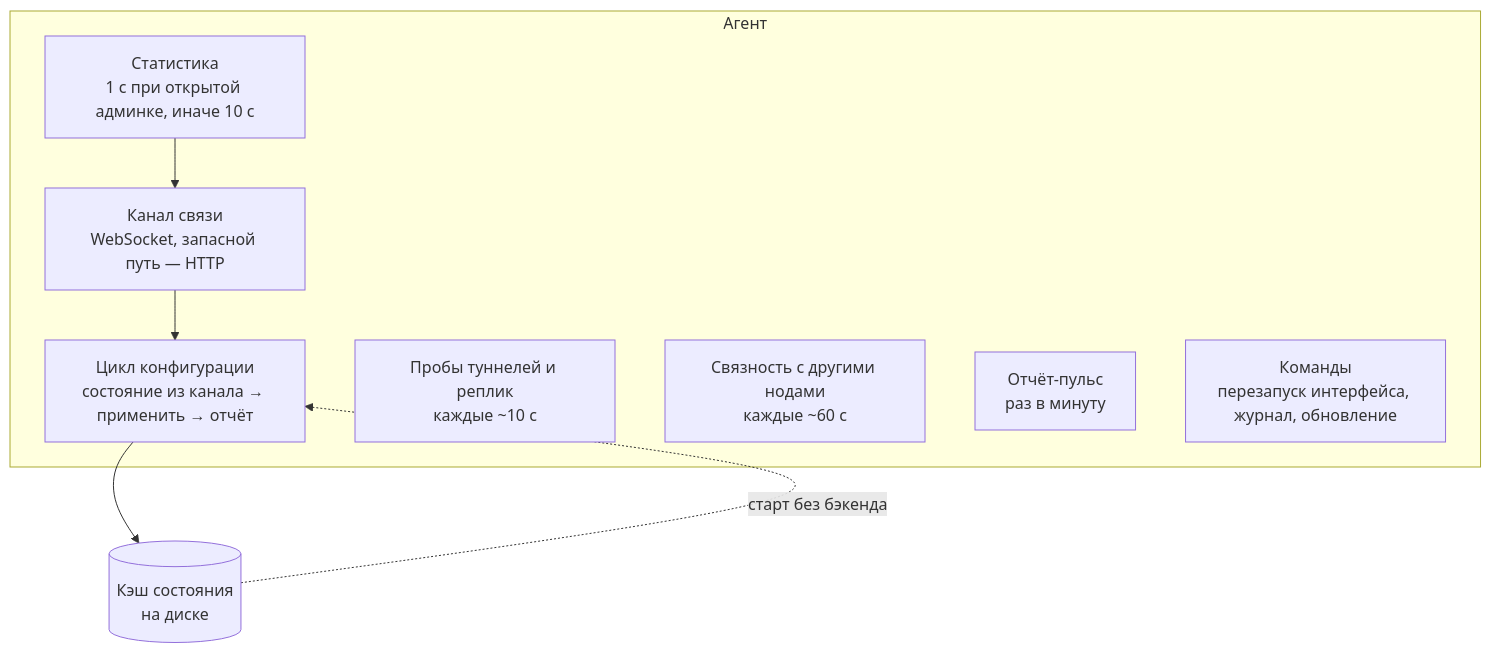
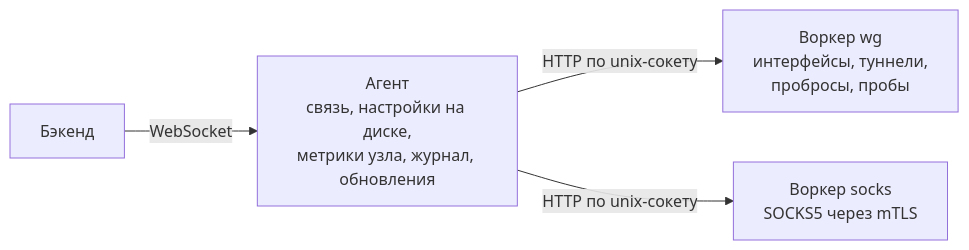
The fourth of 9 diagrams in docs/WIREGUARD.md (epifanovmd/wg-admin-api), drawn with Mermaid before and after one commit. The commit also changed other lines of this file and 252 other files, not shown here.

Commit message:
feat(agent): переход на agent 1.1.0 — воркеры wg и socks по HTTP, модуль агента, ноды через агента, выпуск агента из GitHub

````diff
--- a/docs/WIREGUARD.md
+++ b/docs/WIREGUARD.md
@@ -142,17 +174,6 @@
 ```mermaid
-flowchart TB
-  subgraph Agent["Агент"]
-    LINK["Канал связи<br/>WebSocket, запасной путь — HTTP"]
-    CFG["Цикл конфигурации<br/>состояние из канала → применить → отчёт"]
-    STATS["Статистика<br/>1 с при открытой админке, иначе 10 с"]
-    PROBE["Пробы туннелей и реплик<br/>каждые ~10 с"]
-    MESH["Связность с другими нодами<br/>каждые ~60 с"]
-    REP["Отчёт-пульс<br/>раз в минуту"]
-    CMD["Команды<br/>перезапуск интерфейса, журнал, обновление"]
-  end
-  CACHE[("Кэш состояния<br/>на диске")]
-  LINK --> CFG
-  STATS --> LINK
-  CFG --> CACHE
-  CACHE -. "старт без бэкенда" .-> CFG
+flowchart LR
+  API["Бэкенд"] -- "WebSocket" --> AG["Агент<br/>связь, настройки на диске,<br/>метрики узла, журнал, обновления"]
+  AG -- "HTTP по unix-сокету" --> WG["Воркер wg<br/>интерфейсы, туннели,<br/>пробросы, пробы"]
+  AG -- "HTTP по unix-сокету" --> SOCKS["Воркер socks<br/>SOCKS5 через mTLS"]
 ```
````
